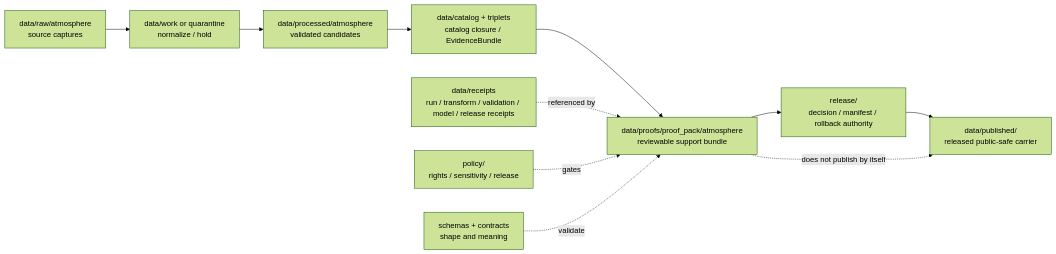
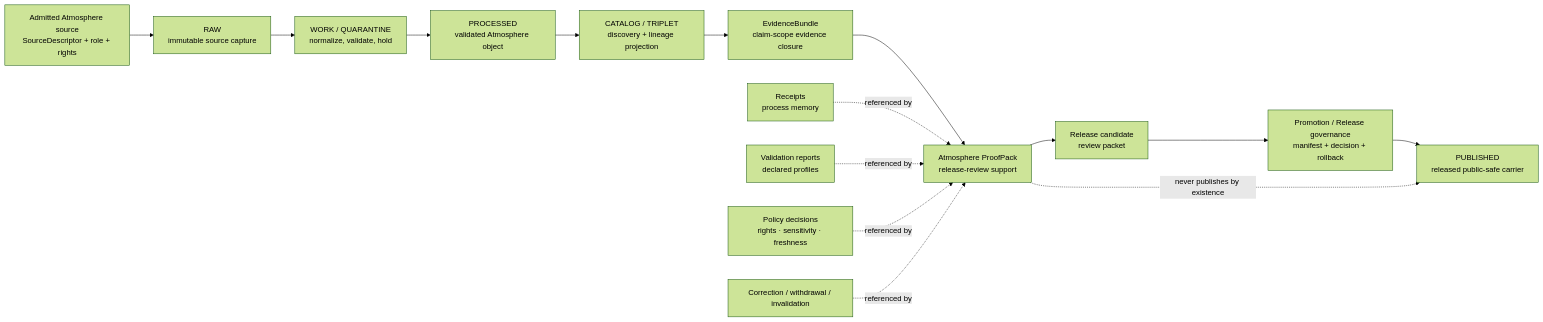
One commit to bartytime4life/Kansas-Frontier-Matrix changed the diagram in data/proofs/proof_pack/atmosphere/README.md. Above: the diagram before and after it, drawn with Mermaid (forest theme). The commit also changed other lines of this file, not shown here.

Commit message:
docs(proofs): modernize Atmosphere ProofPack README

````diff
--- a/data/proofs/proof_pack/atmosphere/README.md
+++ b/data/proofs/proof_pack/atmosphere/README.md
@@ -230,15 +350,19 @@
 ```mermaid
 flowchart LR
-  RAW["data/raw/atmosphere<br/>source captures"] --> WORK["data/work or quarantine<br/>normalize / hold"]
-  WORK --> PROC["data/processed/atmosphere<br/>validated candidates"]
-  PROC --> CAT["data/catalog + triplets<br/>catalog closure / EvidenceBundle"]
-  CAT --> PACK["data/proofs/proof_pack/atmosphere<br/>reviewable support bundle"]
-  PACK --> REL["release/<br/>decision / manifest / rollback authority"]
-  REL --> PUB["data/published/<br/>released public-safe carrier"]
+    SRC["Admitted Atmosphere source<br/>SourceDescriptor + role + rights"] --> RAW["RAW<br/>immutable source capture"]
+    RAW --> WORK["WORK / QUARANTINE<br/>normalize, validate, hold"]
+    WORK --> PROC["PROCESSED<br/>validated Atmosphere object"]
+    PROC --> CAT["CATALOG / TRIPLET<br/>discovery + lineage projection"]
+    CAT --> EB["EvidenceBundle<br/>claim-scope evidence closure"]
+    EB --> PACK["Atmosphere ProofPack<br/>release-review support"]
+    PACK --> CAND["Release candidate<br/>review packet"]
+    CAND --> REL["Promotion / Release governance<br/>manifest + decision + rollback"]
+    REL --> PUB["PUBLISHED<br/>released public-safe carrier"]
 
-  REC["data/receipts<br/>run / transform / validation / model / release receipts"] -. referenced by .-> PACK
-  POL["policy/<br/>rights / sensitivity / release"] -. gates .-> PACK
-  SCH["schemas + contracts<br/>shape and meaning"] -. validate .-> PACK
+    REC["Receipts<br/>process memory"] -. referenced by .-> PACK
+    VAL["Validation reports<br/>declared profiles"] -. referenced by .-> PACK
+    POL["Policy decisions<br/>rights · sensitivity · freshness"] -. referenced by .-> PACK
+    CORR["Correction / withdrawal / invalidation"] -. referenced by .-> PACK
 
-  PACK -. "does not publish by itself" .-> PUB
+    PACK -. "never publishes by existence" .-> PUB
 ```
````
